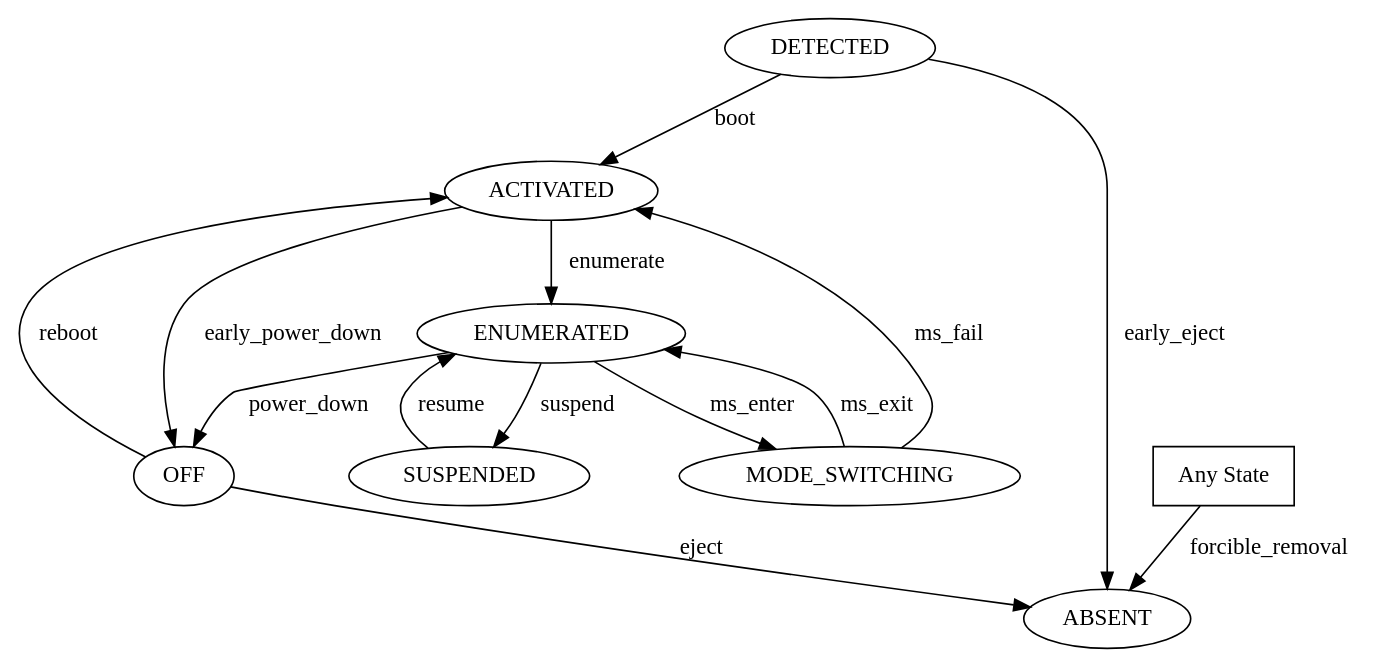
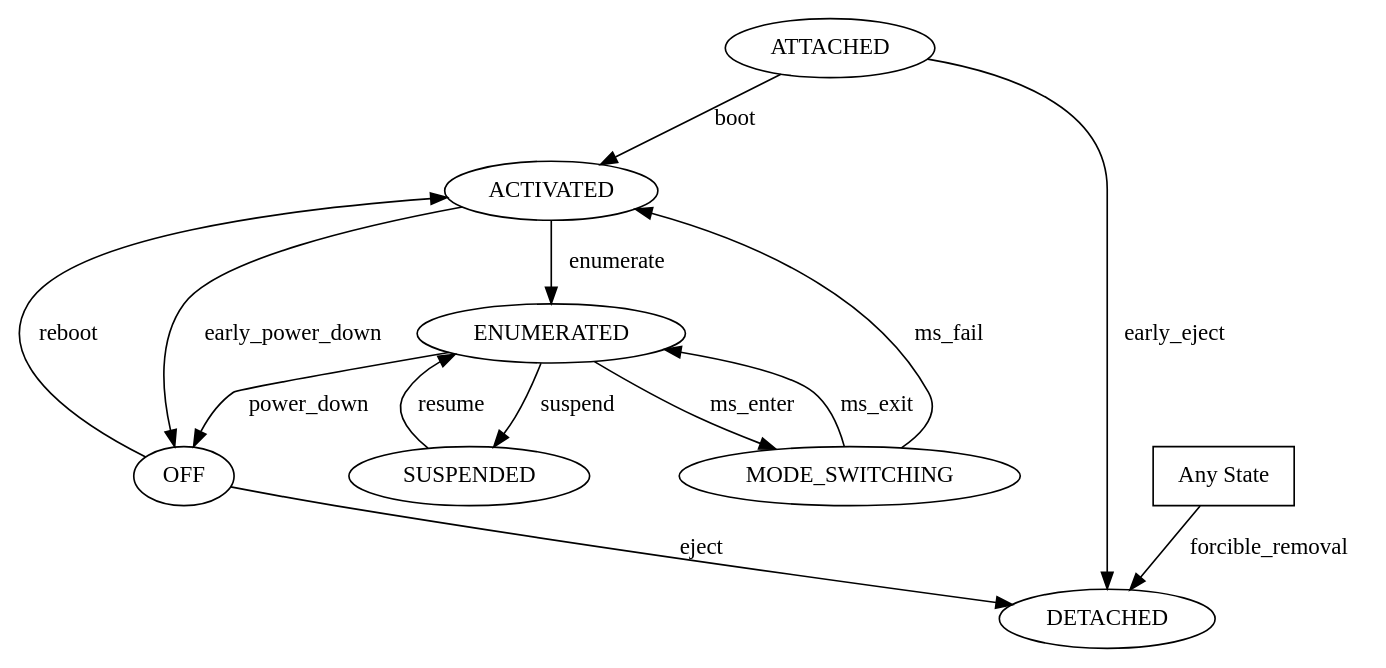
Before and after one commit to projectara/greybus-spec: the diagram in source/img/dot/interface-lifecycle.dot, drawn with Graphviz. The commit also changed 1 other file, not shown here.

```diff
--- a/source/img/dot/interface-lifecycle.dot
+++ b/source/img/dot/interface-lifecycle.dot
@@ -1,23 +1,23 @@
 digraph {
     node [group=trunk];
-    DETECTED -> ACTIVATED [label="boot  "];
+    ATTACHED -> ACTIVATED [label="boot  "];
     ACTIVATED -> ENUMERATED [label="enumerate  "];
     ENUMERATED -> OFF [label="power_down  "];
-    OFF -> ABSENT [label="eject"];
-    DETECTED -> ABSENT [label=" early_eject"];
+    OFF -> DETACHED [label="eject"];
+    ATTACHED -> DETACHED [label=" early_eject"];
 
     subgraph alive {
         MODE_SWITCHING -> ENUMERATED [label="ms_exit"];
         ENUMERATED -> MODE_SWITCHING [label="ms_enter"];
         ENUMERATED -> SUSPENDED [label="suspend  "];
         SUSPENDED -> ENUMERATED [label="resume  "];
     }
     MODE_SWITCHING -> ACTIVATED [label="ms_fail"];
 
     OFF -> ACTIVATED [label="reboot  "];
     ACTIVATED -> OFF [label="early_power_down"];
     subgraph oops {
         ANY [label="Any State",shape=box];
-        ANY -> ABSENT [label="forcible_removal"];
+        ANY -> DETACHED [label="forcible_removal"];
     }
 }
```
